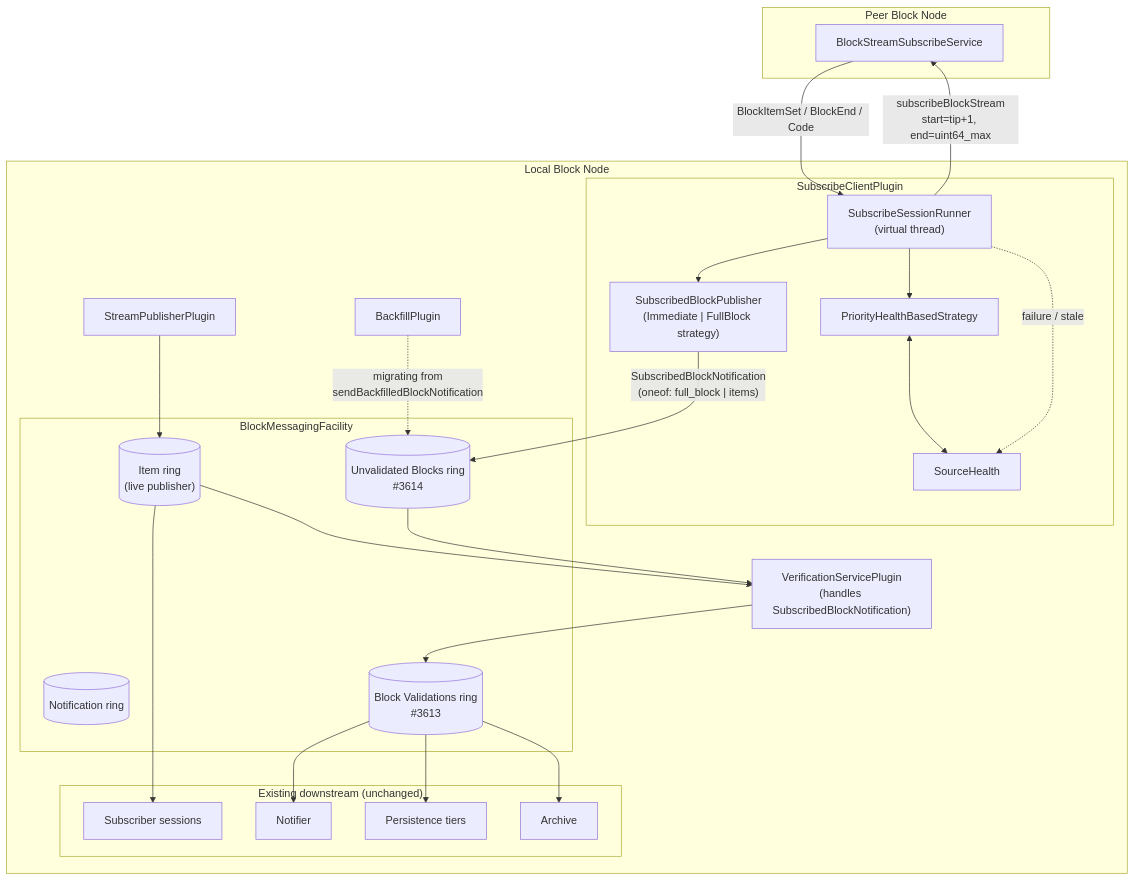
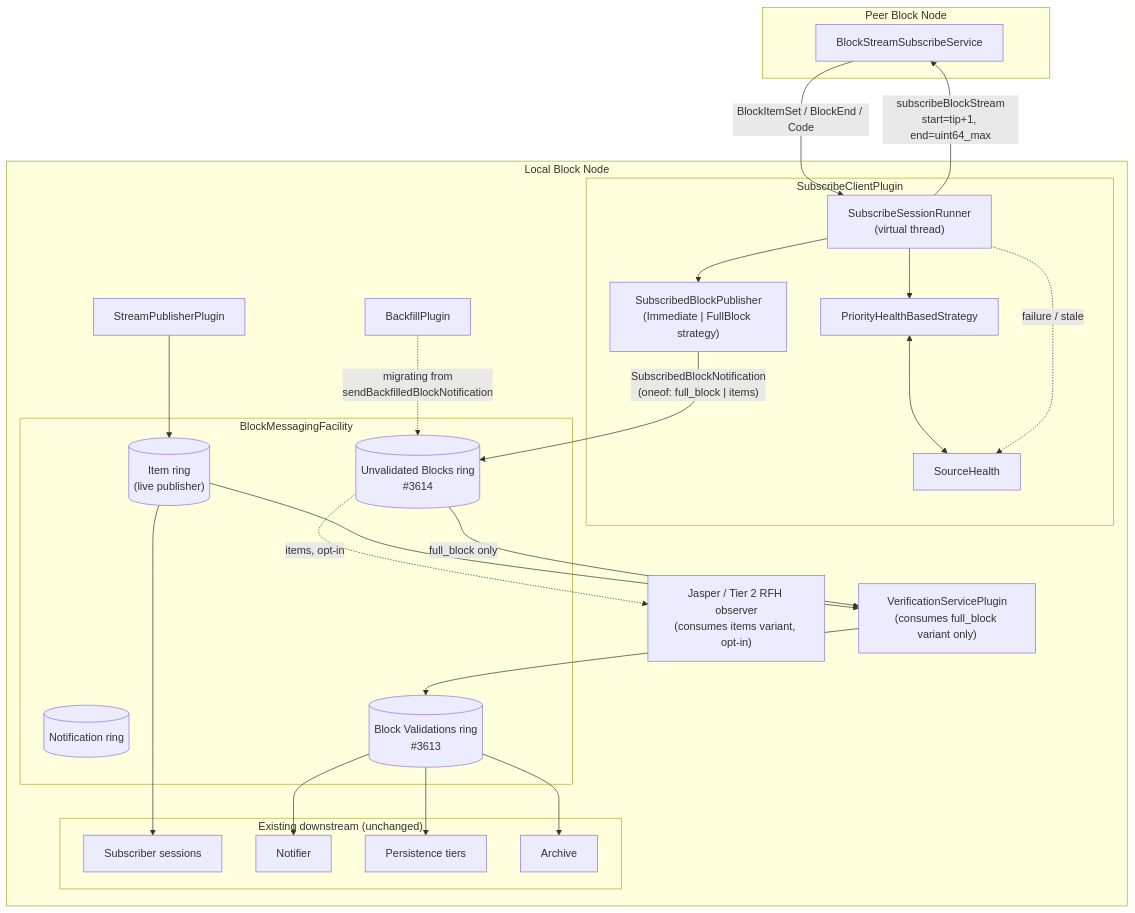
One commit to hiero-ledger/hiero-block-node changed the first of 2 diagrams in docs/design/streaming/subscribe-client-plugin.md. Above: the diagram before and after it, drawn with Mermaid. The commit also changed other lines of this file, not shown here.

````diff
--- a/docs/design/streaming/subscribe-client-plugin.md
+++ b/docs/design/streaming/subscribe-client-plugin.md
@@ -425,52 +449,55 @@
 ```mermaid
 flowchart TB
   subgraph Peer["Peer Block Node"]
     PSS["BlockStreamSubscribeService"]
   end
 
   subgraph Local["Local Block Node"]
     subgraph Plugin["SubscribeClientPlugin"]
       SSR["SubscribeSessionRunner<br/>(virtual thread)"]
       SBP["SubscribedBlockPublisher<br/>(Immediate | FullBlock strategy)"]
       SEL["PriorityHealthBasedStrategy"]
       SH["SourceHealth"]
     end
 
     subgraph Facility["BlockMessagingFacility"]
       IR[("Item ring<br/>(live publisher)")]
       NR[("Notification ring")]
       VR[("Block Validations ring<br/>#3613")]
       UR[("Unvalidated Blocks ring<br/>#3614")]
     end
 
     SPP["StreamPublisherPlugin"]
     BFP["BackfillPlugin"]
 
-    VER["VerificationServicePlugin<br/>(handles SubscribedBlockNotification)"]
+    VER["VerificationServicePlugin<br/>(consumes full_block variant only)"]
+
+    JAS["Jasper / Tier 2 RFH observer<br/>(consumes items variant, opt-in)"]
 
     subgraph Downstream["Existing downstream (unchanged)"]
       SUB["Subscriber sessions"]
       NOT["Notifier"]
       PER["Persistence tiers"]
       ARC["Archive"]
     end
   end
 
   SSR -->|"subscribeBlockStream<br/>start=tip+1, end=uint64_max"| PSS
   PSS -->|"BlockItemSet / BlockEnd / Code"| SSR
   SSR --> SBP
   SBP -->|"SubscribedBlockNotification<br/>(oneof: full_block | items)"| UR
   BFP -.->|"migrating from<br/>sendBackfilledBlockNotification"| UR
   SPP --> IR
   IR --> VER
-  UR --> VER
+  UR -->|"full_block only"| VER
+  UR -.->|"items, opt-in"| JAS
   VER --> VR
   VR --> PER
   VR --> ARC
   VR --> NOT
   IR --> SUB
 
   SEL <--> SH
   SSR --> SEL
   SSR -.->|"failure / stale"| SH
 ```
````
